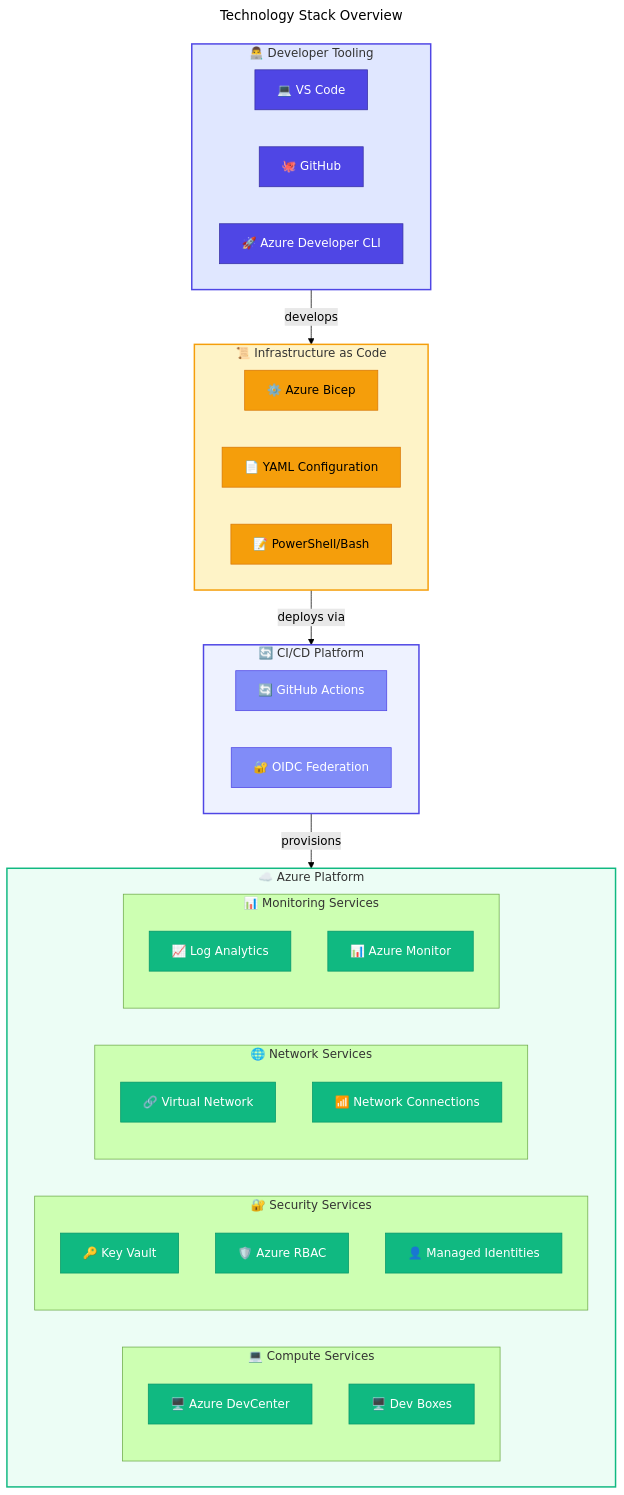
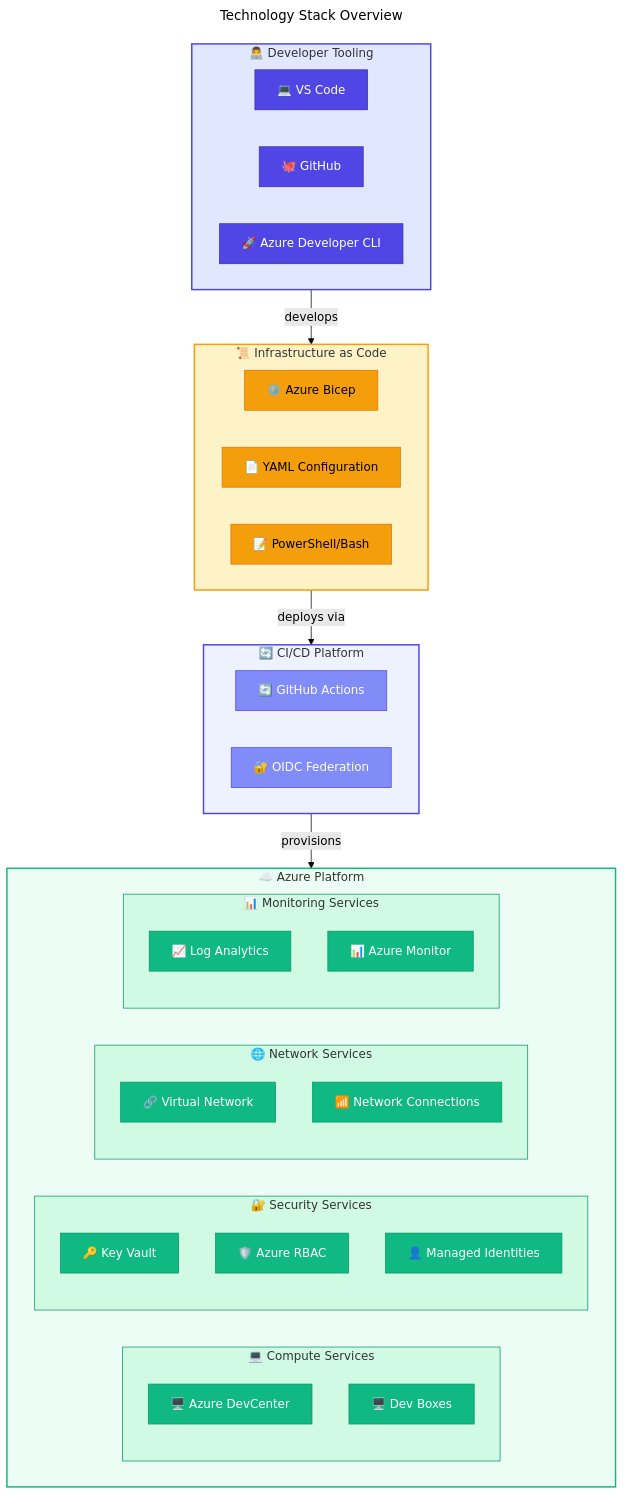
Before and after one commit to Evilazaro/DevExp-DevBox: the first of 9 diagrams in docs/architecture/04-technology-architecture.md, drawn with Mermaid (forest theme). The commit also changed other lines of this file and 3 other files, not shown here.

Commit message:
Enhance flowchart styles in architecture documentation for improved visual clarity and consistency across business, data, technology, and security sections.

````diff
--- a/docs/architecture/04-technology-architecture.md
+++ b/docs/architecture/04-technology-architecture.md
@@ -62,70 +62,74 @@
 ```mermaid
 ---
 title: Technology Stack Overview
 ---
 flowchart TB
     %% ===== DEVELOPER TOOLING =====
     subgraph Developer["👨‍💻 Developer Tooling"]
         VSC["💻 VS Code"]
         GH["🐙 GitHub"]
         AZD["🚀 Azure Developer CLI"]
     end
     
     %% ===== INFRASTRUCTURE AS CODE =====
     subgraph IaC["📜 Infrastructure as Code"]
         BICEP["⚙️ Azure Bicep"]
         YAML["📄 YAML Configuration"]
         PS["📝 PowerShell/Bash"]
     end
     
     %% ===== CI/CD PLATFORM =====
     subgraph CI_CD["🔄 CI/CD Platform"]
         GHA["🔄 GitHub Actions"]
         OIDC["🔐 OIDC Federation"]
     end
     
     %% ===== AZURE PLATFORM =====
     subgraph Azure["☁️ Azure Platform"]
         subgraph Compute["💻 Compute Services"]
             DC["🖥️ Azure DevCenter"]
             DB["🖥️ Dev Boxes"]
         end
         
         subgraph Security["🔐 Security Services"]
             KV["🔑 Key Vault"]
             RBAC["🛡️ Azure RBAC"]
             MI["👤 Managed Identities"]
         end
         
         subgraph Network["🌐 Network Services"]
             VNET["🔗 Virtual Network"]
             NC["📶 Network Connections"]
         end
         
         subgraph Monitor["📊 Monitoring Services"]
             LA["📈 Log Analytics"]
             MON["📊 Azure Monitor"]
         end
     end
     
     %% ===== CONNECTIONS =====
     Developer -->|develops| IaC
     IaC -->|deploys via| CI_CD
     CI_CD -->|provisions| Azure
     
     %% ===== STYLES =====
     classDef primary fill:#4F46E5,stroke:#3730A3,color:#FFFFFF
     classDef datastore fill:#F59E0B,stroke:#D97706,color:#000000
     classDef trigger fill:#818CF8,stroke:#4F46E5,color:#FFFFFF
     classDef secondary fill:#10B981,stroke:#059669,color:#FFFFFF
     
     class VSC,GH,AZD primary
     class BICEP,YAML,PS datastore
     class GHA,OIDC trigger
     class DC,DB,KV,RBAC,MI,VNET,NC,LA,MON secondary
     
     style Developer fill:#E0E7FF,stroke:#4F46E5,stroke-width:2px
     style IaC fill:#FEF3C7,stroke:#F59E0B,stroke-width:2px
     style CI_CD fill:#EEF2FF,stroke:#4F46E5,stroke-width:2px
     style Azure fill:#ECFDF5,stroke:#10B981,stroke-width:2px
+    style Compute fill:#D1FAE5,stroke:#059669,stroke-width:1px
+    style Security fill:#D1FAE5,stroke:#059669,stroke-width:1px
+    style Network fill:#D1FAE5,stroke:#059669,stroke-width:1px
+    style Monitor fill:#D1FAE5,stroke:#059669,stroke-width:1px
 ```
````
